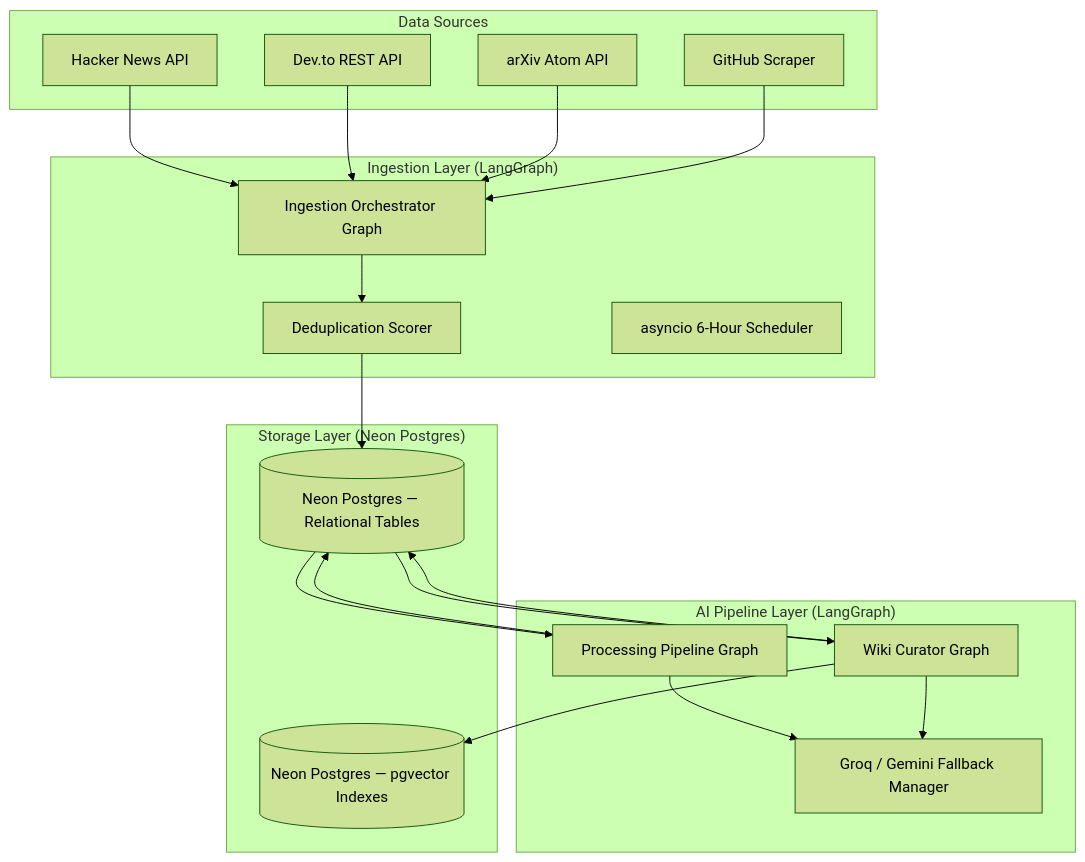
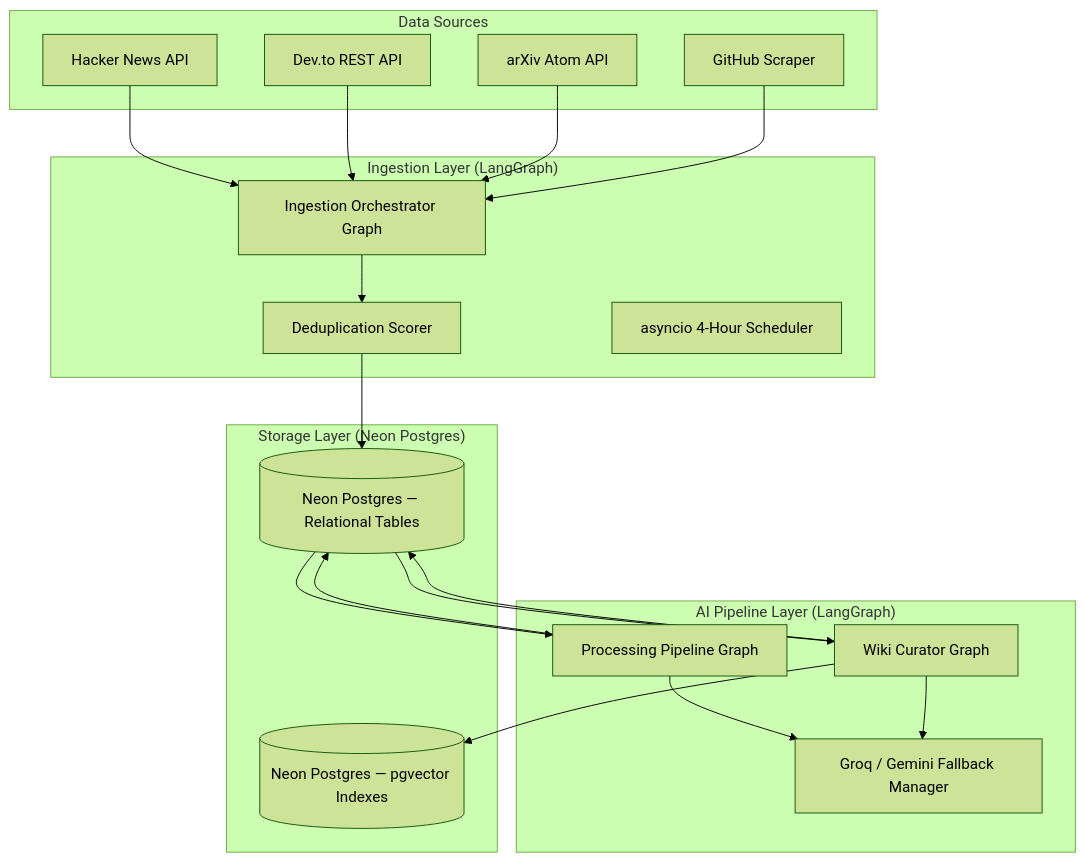
Before and after one commit to dev-patrika/devpatrika-docs: the first of 4 diagrams in system_overview.md, drawn with Mermaid (forest theme). The commit also changed other lines of this file, not shown here.

First line of the commit message:
docs: update system overview with reduced ingestion limits, 4hr scheduler & auth section

````diff
--- a/system_overview.md
+++ b/system_overview.md
@@ -11,38 +11,38 @@
 ```mermaid
 graph TD
     subgraph Data Sources
         HN[Hacker News API]
         DevTo[Dev.to REST API]
         arXiv[arXiv Atom API]
         GH[GitHub Scraper]
     end
 
     subgraph "Ingestion Layer (LangGraph)"
         Orch[Ingestion Orchestrator Graph]
         Dedup[Deduplication Scorer]
-        Sched[asyncio 6-Hour Scheduler]
+        Sched[asyncio 4-Hour Scheduler]
     end
 
     subgraph "Storage Layer (Neon Postgres)"
         DB[(Neon Postgres — Relational Tables)]
         VectorDB[(Neon Postgres — pgvector Indexes)]
     end
 
     subgraph "AI Pipeline Layer (LangGraph)"
         Pipeline[Processing Pipeline Graph]
         LLM[Groq / Gemini Fallback Manager]
         Curator[Wiki Curator Graph]
     end
 
     HN & DevTo & arXiv & GH --> Orch
     Orch --> Dedup
     Dedup --> DB
     DB --> Pipeline
     Pipeline --> LLM
     Pipeline --> DB
     
     DB --> Curator
     Curator --> LLM
     Curator --> DB
     Curator --> VectorDB
 ```
````
